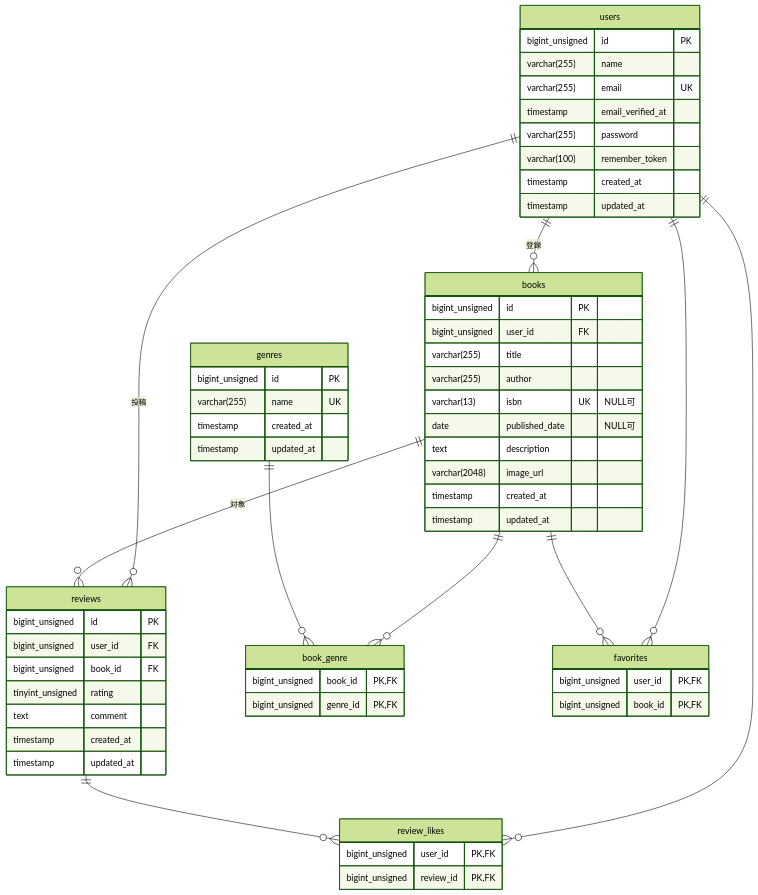
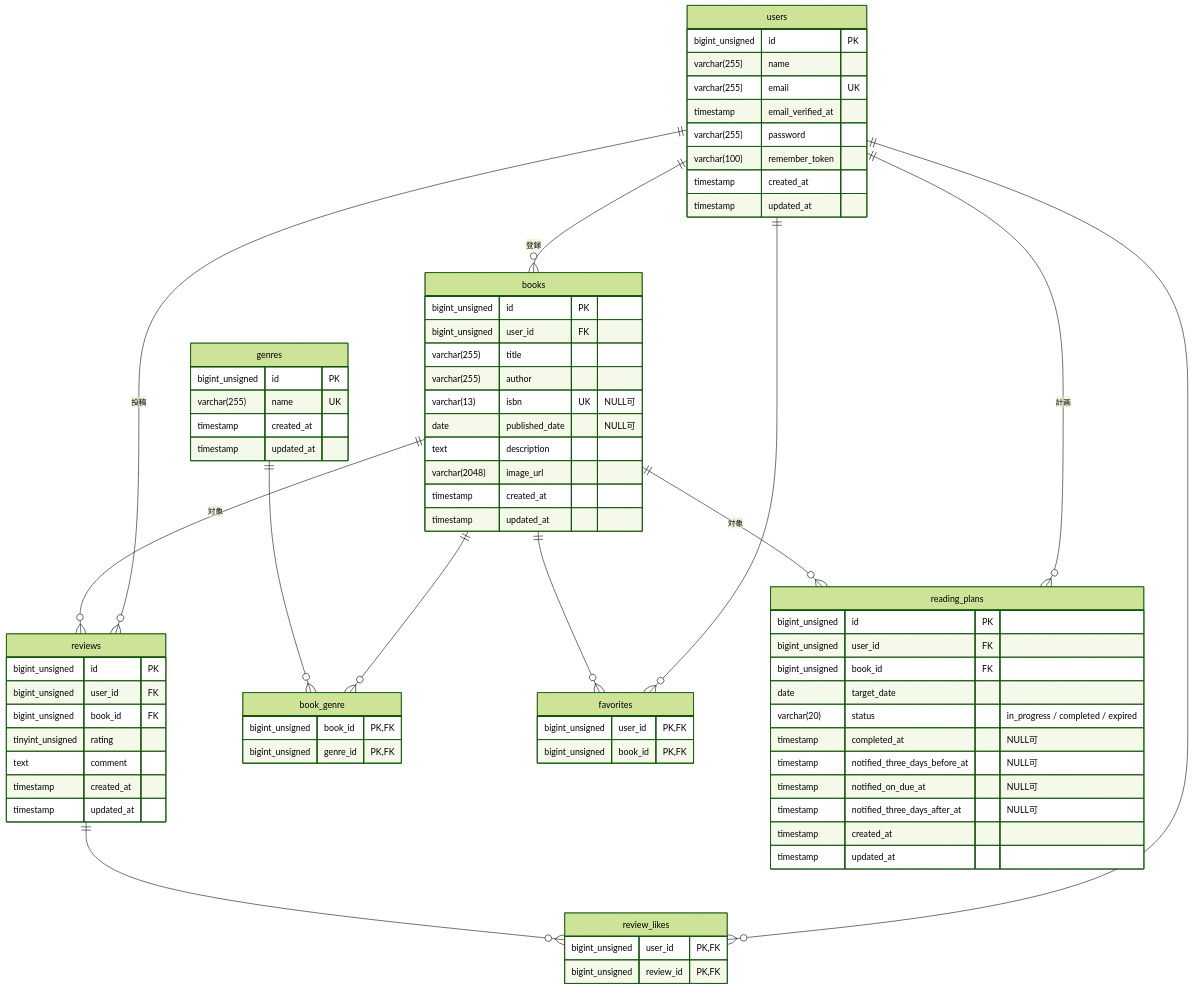
The diagram in README.md (Saito-N01/bookshelf-app), drawn with Mermaid (forest theme) before and after one commit. The commit also changed other lines of this file and 13 other files, not shown here.

````diff
--- a/README.md
+++ b/README.md
@@ -50,61 +50,76 @@
 ```mermaid
 erDiagram
     users ||--o{ books : "登録"
     users ||--o{ reviews : "投稿"
     books ||--o{ reviews : "対象"
     books ||--o{ book_genre : ""
     genres ||--o{ book_genre : ""
     users ||--o{ favorites : ""
     books ||--o{ favorites : ""
     users ||--o{ review_likes : ""
     reviews ||--o{ review_likes : ""
+    users ||--o{ reading_plans : "計画"
+    books ||--o{ reading_plans : "対象"
     users {
         bigint_unsigned id PK
         varchar(255) name
         varchar(255) email UK
         timestamp email_verified_at
         varchar(255) password
         varchar(100) remember_token
         timestamp created_at
         timestamp updated_at
     }
     genres {
         bigint_unsigned id PK
         varchar(255) name UK
         timestamp created_at
         timestamp updated_at
     }
     books {
         bigint_unsigned id PK
         bigint_unsigned user_id FK
         varchar(255) title
         varchar(255) author
         varchar(13) isbn UK "NULL可"
         date published_date "NULL可"
         text description
         varchar(2048) image_url
         timestamp created_at
         timestamp updated_at
     }
     book_genre {
         bigint_unsigned book_id PK,FK
         bigint_unsigned genre_id PK,FK
     }
     reviews {
         bigint_unsigned id PK
         bigint_unsigned user_id FK
         bigint_unsigned book_id FK
         tinyint_unsigned rating
         text comment
         timestamp created_at
         timestamp updated_at
     }
     favorites {
         bigint_unsigned user_id PK,FK
         bigint_unsigned book_id PK,FK
     }
     review_likes {
         bigint_unsigned user_id PK,FK
         bigint_unsigned review_id PK,FK
     }
+    reading_plans {
+        bigint_unsigned id PK
+        bigint_unsigned user_id FK
+        bigint_unsigned book_id FK
+        date target_date
+        varchar(20) status "in_progress / completed / expired"
+        timestamp completed_at "NULL可"
+        timestamp notified_three_days_before_at "NULL可"
+        timestamp notified_on_due_at "NULL可"
+        timestamp notified_three_days_after_at "NULL可"
+        timestamp created_at
+        timestamp updated_at
+    }
 ```
````
